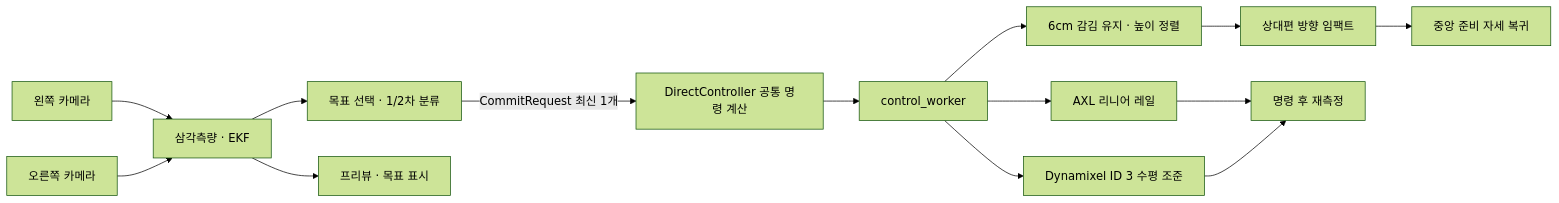
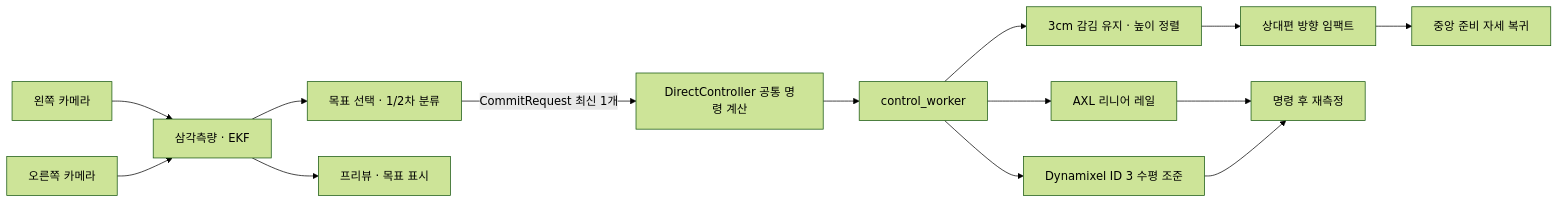
One commit to luv-all/pingpong-bot changed the diagram in src/real/README.md. Above: the diagram before and after it, drawn with Mermaid (forest theme). The commit also changed other lines of this file and 7 other files, not shown here.

````diff
--- a/src/real/README.md
+++ b/src/real/README.md
@@ -30,16 +30,16 @@
 ```mermaid
 flowchart LR
     camL["왼쪽 카메라"] --> est["삼각측량 · EKF"]
     camR["오른쪽 카메라"] --> est
     est --> stage["목표 선택 · 1/2차 분류"]
     stage -->|"CommitRequest 최신 1개"| shared["DirectController 공통 명령 계산"]
     shared --> ctl["control_worker"]
     ctl --> rail["AXL 리니어 레일"]
     ctl --> aim["Dynamixel ID 3 수평 조준"]
-    ctl --> windup["6cm 감김 유지 · 높이 정렬"]
+    ctl --> windup["3cm 감김 유지 · 높이 정렬"]
     windup --> impact["상대편 방향 임팩트"]
     rail --> readback["명령 후 재측정"]
     aim --> readback
     impact --> home["중앙 준비 자세 복귀"]
     est --> preview["프리뷰 · 목표 표시"]
 ```
````
